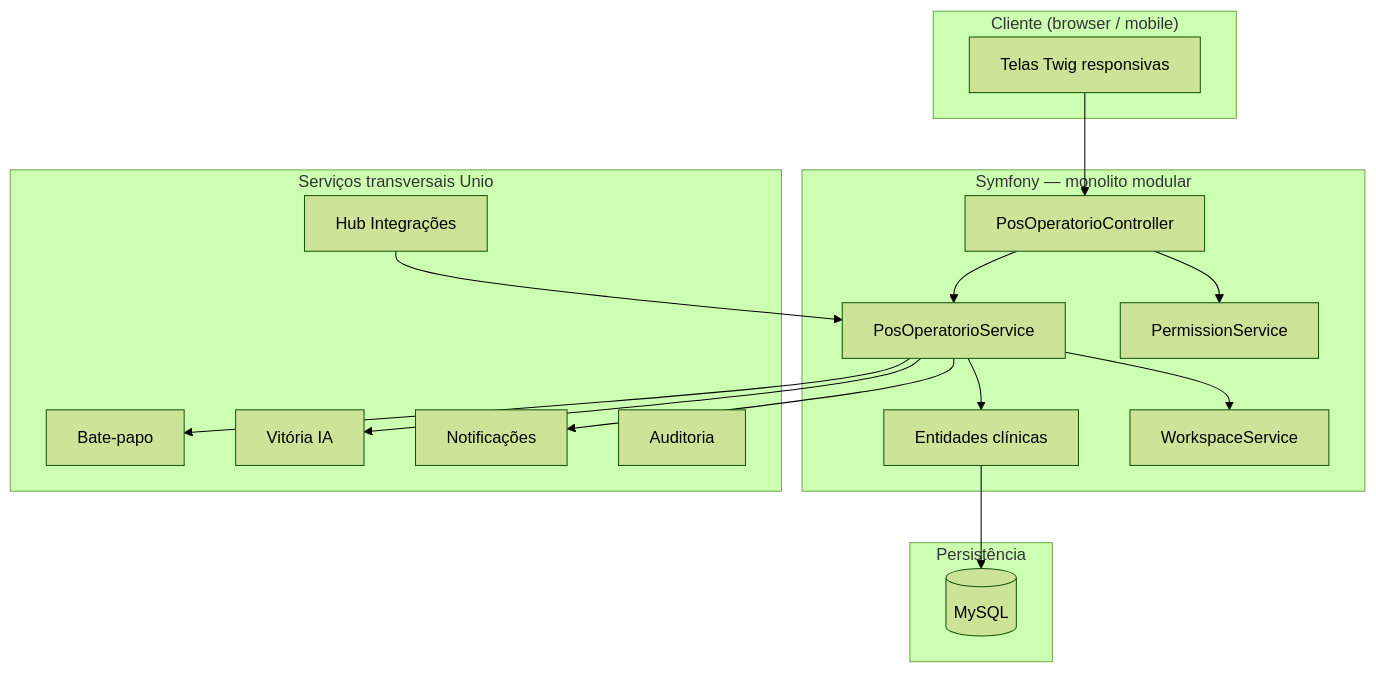
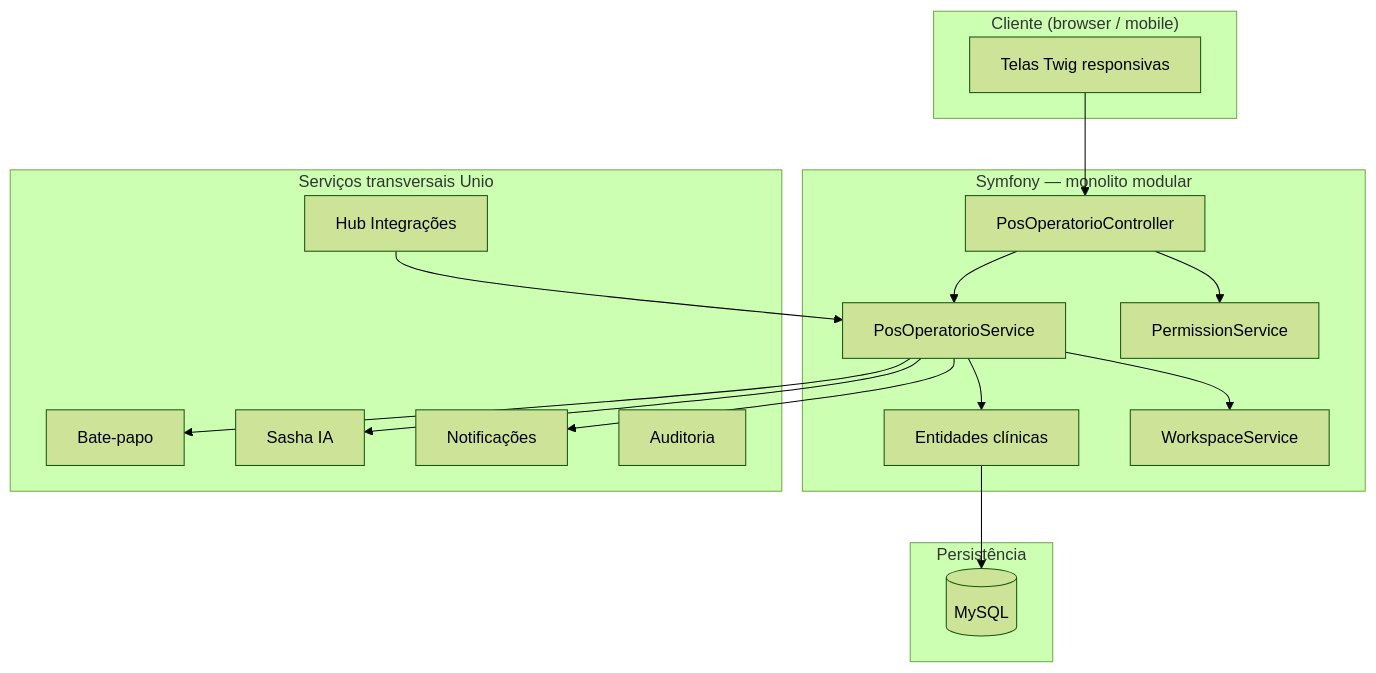
The second of 5 diagrams in docs/HUB_POS_OPERATORIO_INTEGRACAO.md (joabe-nascimento/unio-corp), drawn with Mermaid (forest theme) before and after one commit. The commit also changed other lines of this file and 102 other files, not shown here.

````diff
--- a/docs/HUB_POS_OPERATORIO_INTEGRACAO.md
+++ b/docs/HUB_POS_OPERATORIO_INTEGRACAO.md
@@ -140,37 +140,37 @@
 ```mermaid
 flowchart TB
     subgraph Cliente["Cliente (browser / mobile)"]
         UI[Telas Twig responsivas]
     end
 
     subgraph Symfony["Symfony — monolito modular"]
         CTRL[PosOperatorioController]
         SVC[PosOperatorioService]
         DOM[Entidades clínicas]
         PERM[PermissionService]
         WS[WorkspaceService]
     end
 
     subgraph Transversal["Serviços transversais Unio"]
         CHAT[Bate-papo]
-        VIT[Vitória IA]
+        VIT[Sasha IA]
         NOTIF[Notificações]
         INT[Hub Integrações]
         AUDIT[Auditoria]
     end
 
     subgraph Dados["Persistência"]
         DB[(MySQL)]
     end
 
     UI --> CTRL
     CTRL --> SVC
     CTRL --> PERM
     SVC --> WS
     SVC --> DOM
     DOM --> DB
     SVC --> CHAT
     SVC --> VIT
     SVC --> NOTIF
     INT --> SVC
 ```
````
